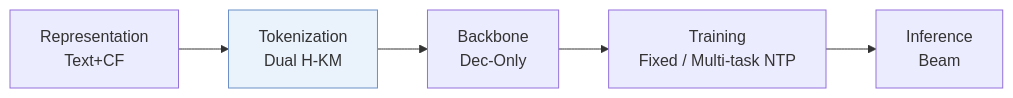
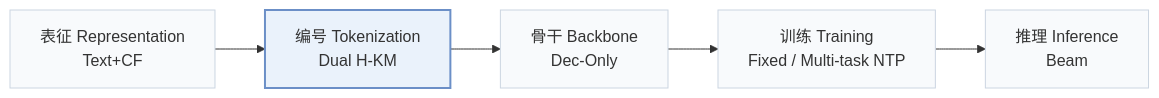
The first of 2 diagrams in pages/zh/papers/eager-llm.md (Galaxy-ghost/Awesome-SID-Generative-Rec), drawn with Mermaid before and after one commit. The commit also changed other lines of this file and 649 other files, not shown here.

Commit message:
writer-05: also tags and modality index (schema, check, build, visuals); summary field removed; calibration data for 12 papers

````diff
--- a/pages/zh/papers/eager-llm.md
+++ b/pages/zh/papers/eager-llm.md
@@ -13,6 +15,8 @@
 ```mermaid
 flowchart LR
-    R["Representation<br/>Text+CF"] --> T["Tokenization<br/>Dual H-KM"] --> B["Backbone<br/>Dec-Only"] --> TR["Training<br/>Fixed / Multi-task NTP"] --> I["Inference<br/>Beam"]
-    classDef main fill:#eaf2fb,stroke:#6b8fc7
+    R["表征 Representation<br/>Text+CF"] --> T["编号 Tokenization<br/>Dual H-KM"] --> B["骨干 Backbone<br/>Dec-Only"] --> TR["训练 Training<br/>Fixed / Multi-task NTP"] --> I["推理 Inference<br/>Beam"]
+    classDef base fill:#f8fafc,stroke:#cbd5e1
+    class R,T,B,TR,I base
+    classDef main fill:#eaf2fb,stroke:#6b8fc7,stroke-width:2px
     class T main
 ```
````
